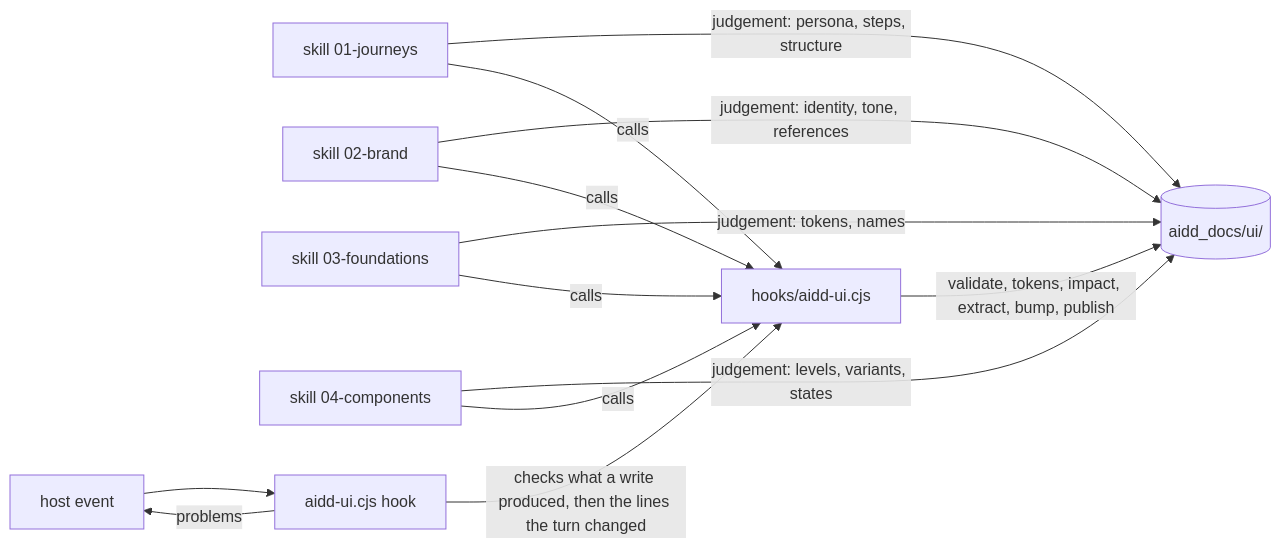
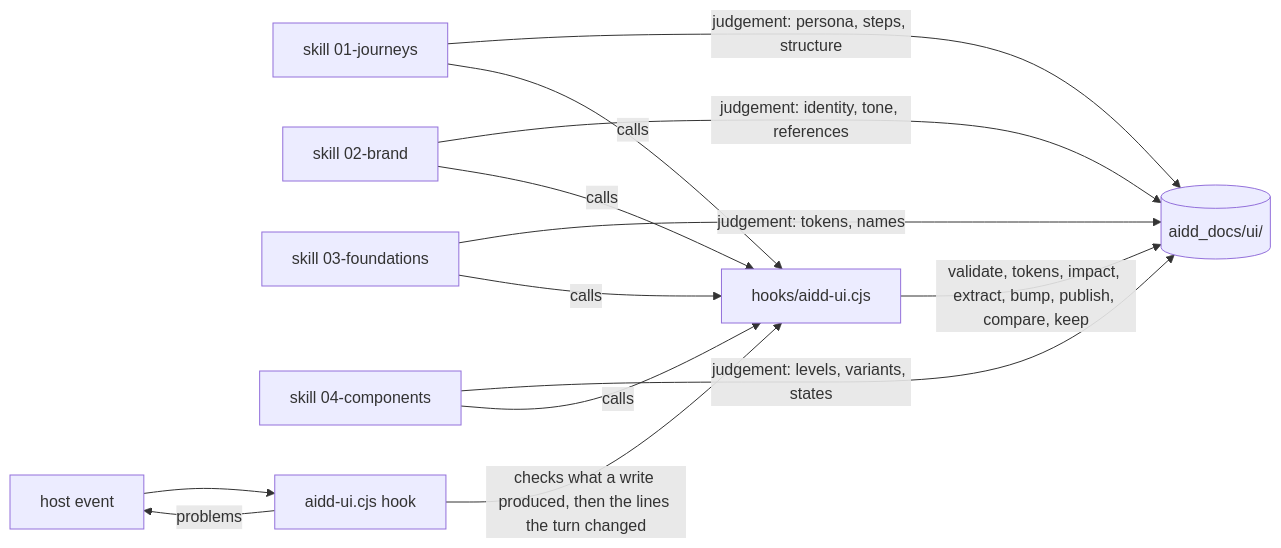
One commit to ai-driven-dev/framework changed the diagram in plugins/aidd-ui/README.md. Above: the diagram before and after it, drawn with Mermaid. The commit also changed other lines of this file and 31 other files, not shown here.

First line of the commit message:
feat(aidd-ui): compare brand directions and keep one

````diff
--- a/plugins/aidd-ui/README.md
+++ b/plugins/aidd-ui/README.md
@@ -20,15 +20,15 @@
 ```mermaid
 flowchart LR
   Journeys["skill 01-journeys"] -->|"judgement: persona, steps, structure"| Docs[("aidd_docs/ui/")]
   Brand["skill 02-brand"] -->|"judgement: identity, tone, references"| Docs
   Foundations["skill 03-foundations"] -->|"judgement: tokens, names"| Docs
   Components["skill 04-components"] -->|"judgement: levels, variants, states"| Docs
   Journeys -->|"calls"| Engine["hooks/aidd-ui.cjs"]
   Brand -->|"calls"| Engine
   Foundations -->|"calls"| Engine
   Components -->|"calls"| Engine
-  Engine -->|"validate, tokens, impact, extract, bump, publish"| Docs
+  Engine -->|"validate, tokens, impact, extract, bump, publish, compare, keep"| Docs
   Host["host event"] --> Hook["aidd-ui.cjs hook"]
   Hook -->|"checks what a write produced, then the lines the turn changed"| Engine
   Hook -->|"problems"| Host
 ```
````
